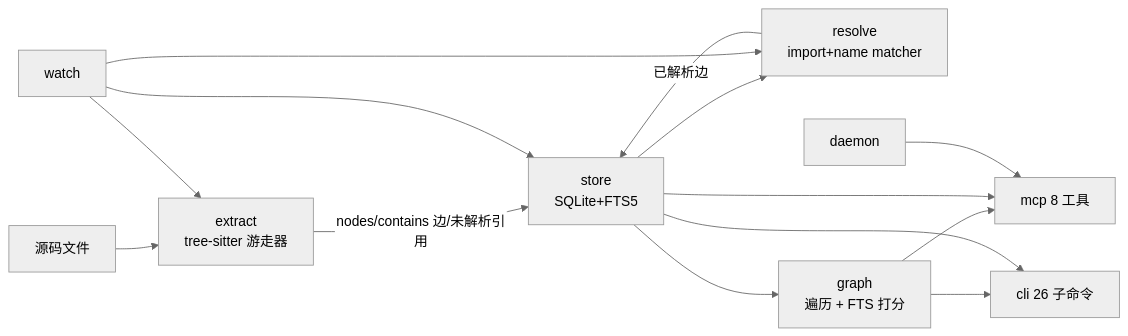
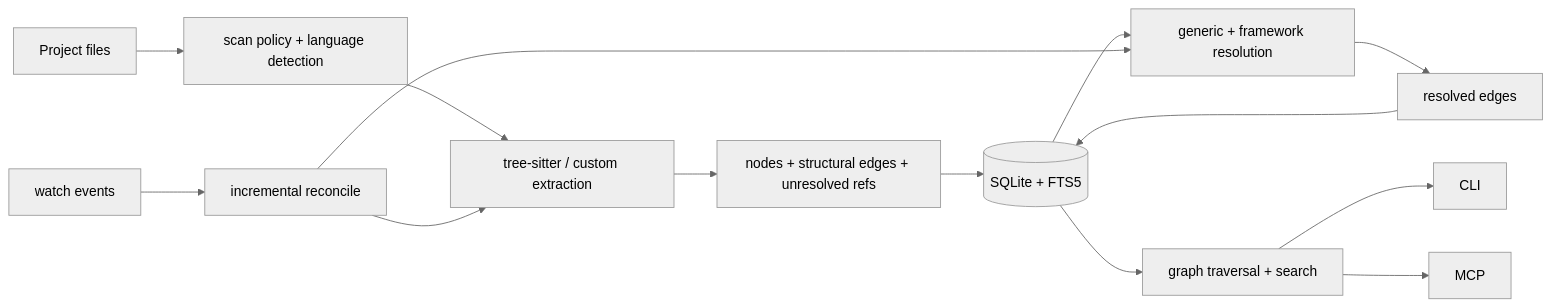
One commit to 0717wuwang/codegraph-rust changed the second of 2 diagrams in docs/architecture.md. Above: the diagram before and after it, drawn with Mermaid (neutral theme). The commit also changed other lines of this file and 143 other files, not shown here.

````diff
--- a/docs/architecture.md
+++ b/docs/architecture.md
@@ -81,16 +74,16 @@
 ```mermaid
 graph LR
-    src[源码文件] --> EX[extract<br/>tree-sitter 游走器]
-    EX -->|nodes/contains 边/未解析引用| ST[store<br/>SQLite+FTS5]
-    ST --> RS[resolve<br/>import+name matcher]
-    RS -->|已解析边| ST
-    ST --> GR[graph<br/>遍历 + FTS 打分]
-    GR --> MCP[mcp 8 工具]
-    GR --> CLI[cli 26 子命令]
-    ST --> MCP
-    ST --> CLI
-    DA[daemon] --> MCP
-    WA[watch] --> EX
-    WA --> RS
-    WA --> ST
+    source[Project files] --> scan[scan policy + language detection]
+    scan --> extract[tree-sitter / custom extraction]
+    extract --> facts[nodes + structural edges + unresolved refs]
+    facts --> store[(SQLite + FTS5)]
+    store --> resolve[generic + framework resolution]
+    resolve --> edges[resolved edges]
+    edges --> store
+    store --> query[graph traversal + search]
+    query --> cli[CLI]
+    query --> mcp[MCP]
+    watcher[watch events] --> reconcile[incremental reconcile]
+    reconcile --> extract
+    reconcile --> resolve
 ```
````
